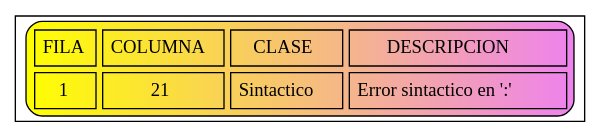
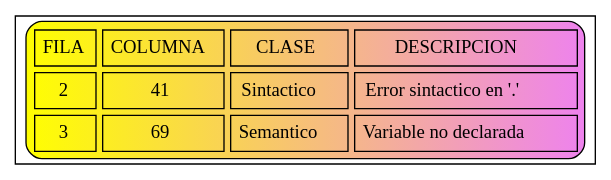
The diagram in Errores.dot (JoseMore99/OLC2_P1_201701015), drawn with Graphviz before and after one commit. The commit also changed 14 other files, not shown here.

```diff
--- a/Errores.dot
+++ b/Errores.dot
@@ -1,7 +1,8 @@
 digraph G{
 node [shape=record];
 a0 [label=<<TABLE border="1" cellspacing="5" cellpadding="5" style="rounded" bgcolor="yellow:violet">
 "<TR><TD>FILA</TD><TD>COLUMNA</TD><TD>CLASE</TD><TD>DESCRIPCION</TD></TR>
-<TR><TD>1</TD><TD>21</TD><TD>Sintactico</TD><TD>Error sintactico en ':'</TD></TR>
+<TR><TD>2</TD><TD>41</TD><TD>Sintactico</TD><TD>Error sintactico en '.'</TD></TR>
+<TR><TD>3</TD><TD>69</TD><TD>Semantico</TD><TD>Variable no declarada</TD></TR>
 </TABLE>>];
 }
```
